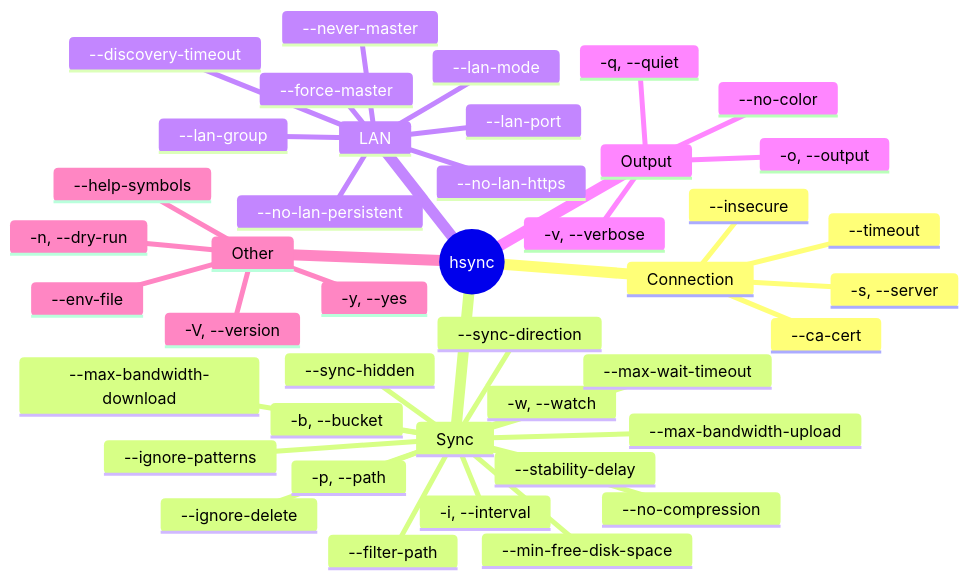
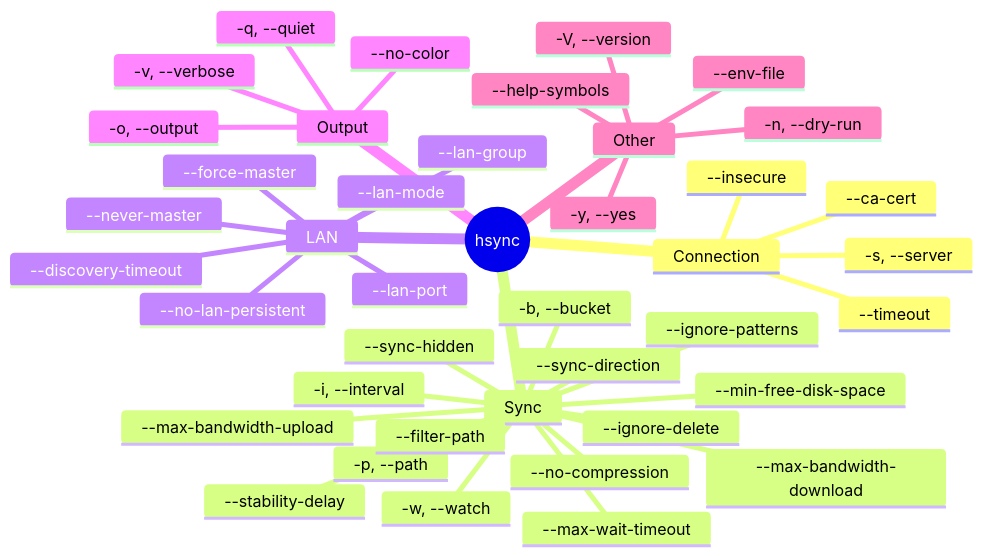
Before and after one commit to albertsdk/hsync-client: the second of 3 diagrams in docs/usage.md, drawn with Mermaid. The commit also changed 33 other files, not shown here.

First line of the commit message:
feat(client): LAN solo HTTPS/WSS e pinning robusto (§5)

````diff
--- a/docs/usage.md
+++ b/docs/usage.md
@@ -44,45 +44,44 @@
 ```mermaid
 mindmap
   root((hsync))
     Connection
       -s, --server
       --timeout
       --ca-cert
       --insecure
     Sync
       -b, --bucket
       -p, --path
       -w, --watch
       -i, --interval
       --sync-direction
       --stability-delay
       --max-wait-timeout
       --filter-path
       --ignore-delete
       --sync-hidden
       --ignore-patterns
       --no-compression
       --min-free-disk-space
       --max-bandwidth-upload
       --max-bandwidth-download
     LAN
       --lan-mode
       --lan-port
       --lan-group
-      --no-lan-https
       --no-lan-persistent
       --force-master
       --never-master
       --discovery-timeout
     Output
       -v, --verbose
       -q, --quiet
       -o, --output
       --no-color
     Other
       -y, --yes
       -n, --dry-run
       --env-file
       -V, --version
       --help-symbols
 ```
````
